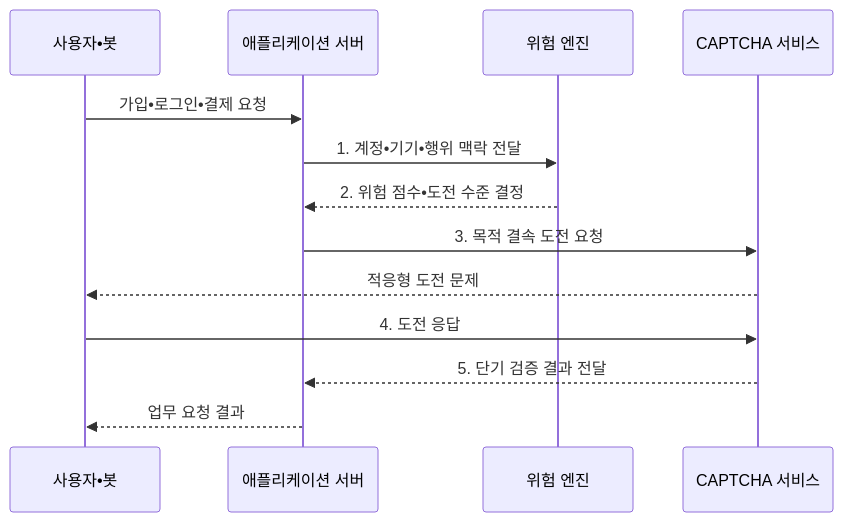
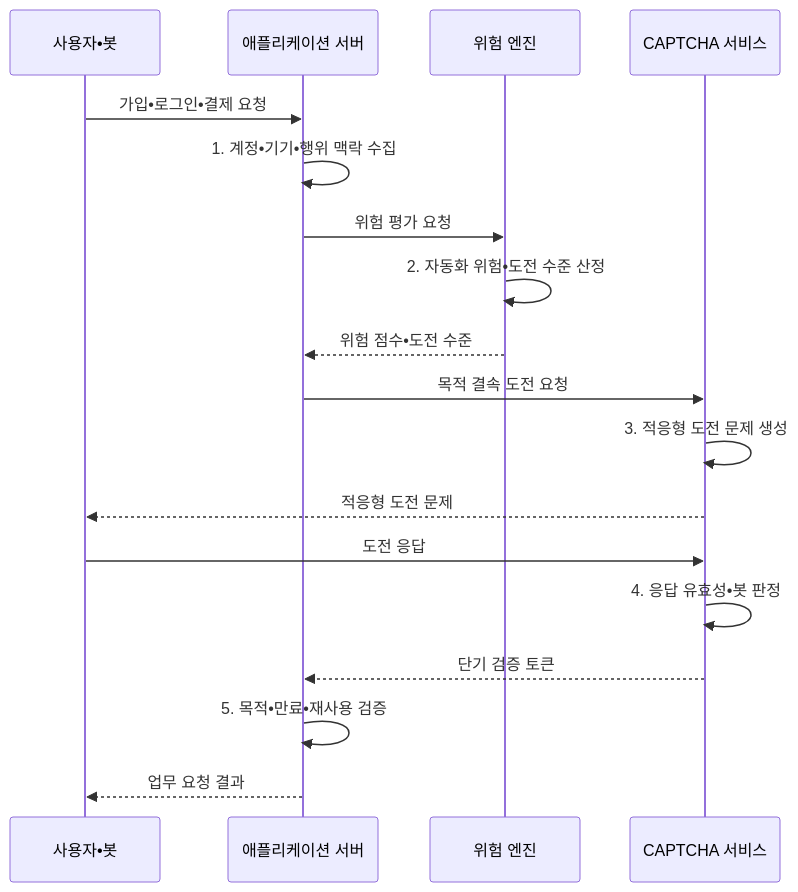
One commit to agnusdei1207/knowledge-base changed the second of 2 diagrams in src/content/docs/notes/05-security/069_captcha.md. Above: the diagram before and after it, drawn with Mermaid. The commit also changed other lines of this file and 20 other files, not shown here.

````diff
--- a/src/content/docs/notes/05-security/069_captcha.md
+++ b/src/content/docs/notes/05-security/069_captcha.md
@@ -98,15 +98,20 @@
 ```mermaid
 sequenceDiagram
     participant U as 사용자•봇
     participant A as 애플리케이션 서버
     participant R as 위험 엔진
     participant C as CAPTCHA 서비스
     U->>A: 가입•로그인•결제 요청
-    A->>R: 1. 계정•기기•행위 맥락 전달
-    R-->>A: 2. 위험 점수•도전 수준 결정
-    A->>C: 3. 목적 결속 도전 요청
+    A->>A: 1. 계정•기기•행위 맥락 수집
+    A->>R: 위험 평가 요청
+    R->>R: 2. 자동화 위험•도전 수준 산정
+    R-->>A: 위험 점수•도전 수준
+    A->>C: 목적 결속 도전 요청
+    C->>C: 3. 적응형 도전 문제 생성
     C-->>U: 적응형 도전 문제
-    U->>C: 4. 도전 응답
-    C-->>A: 5. 단기 검증 결과 전달
+    U->>C: 도전 응답
+    C->>C: 4. 응답 유효성•봇 판정
+    C-->>A: 단기 검증 토큰
+    A->>A: 5. 목적•만료•재사용 검증
     A-->>U: 업무 요청 결과
 ```
````
